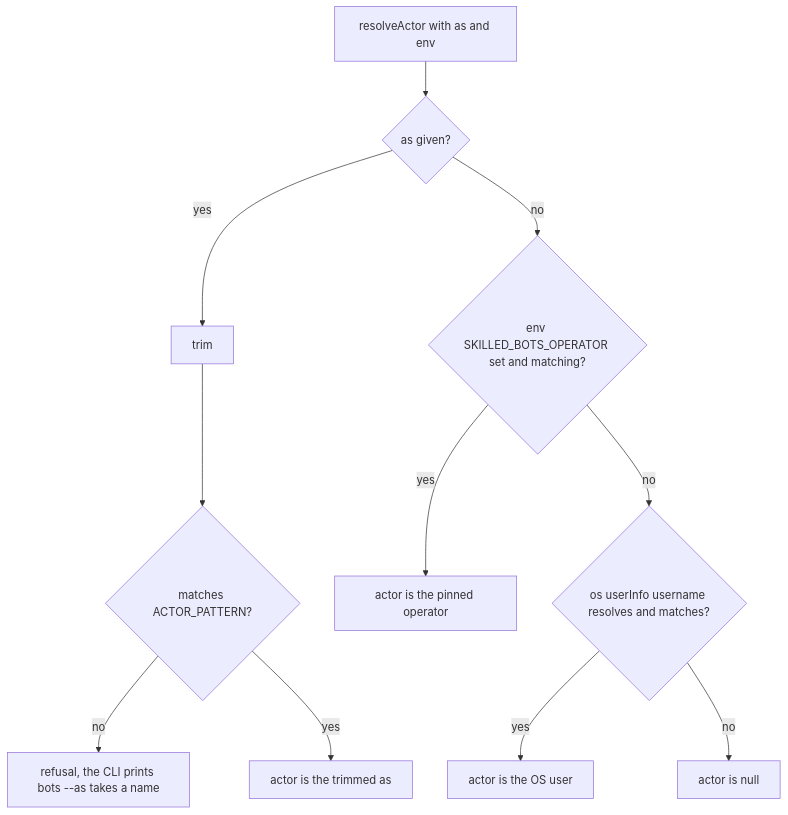
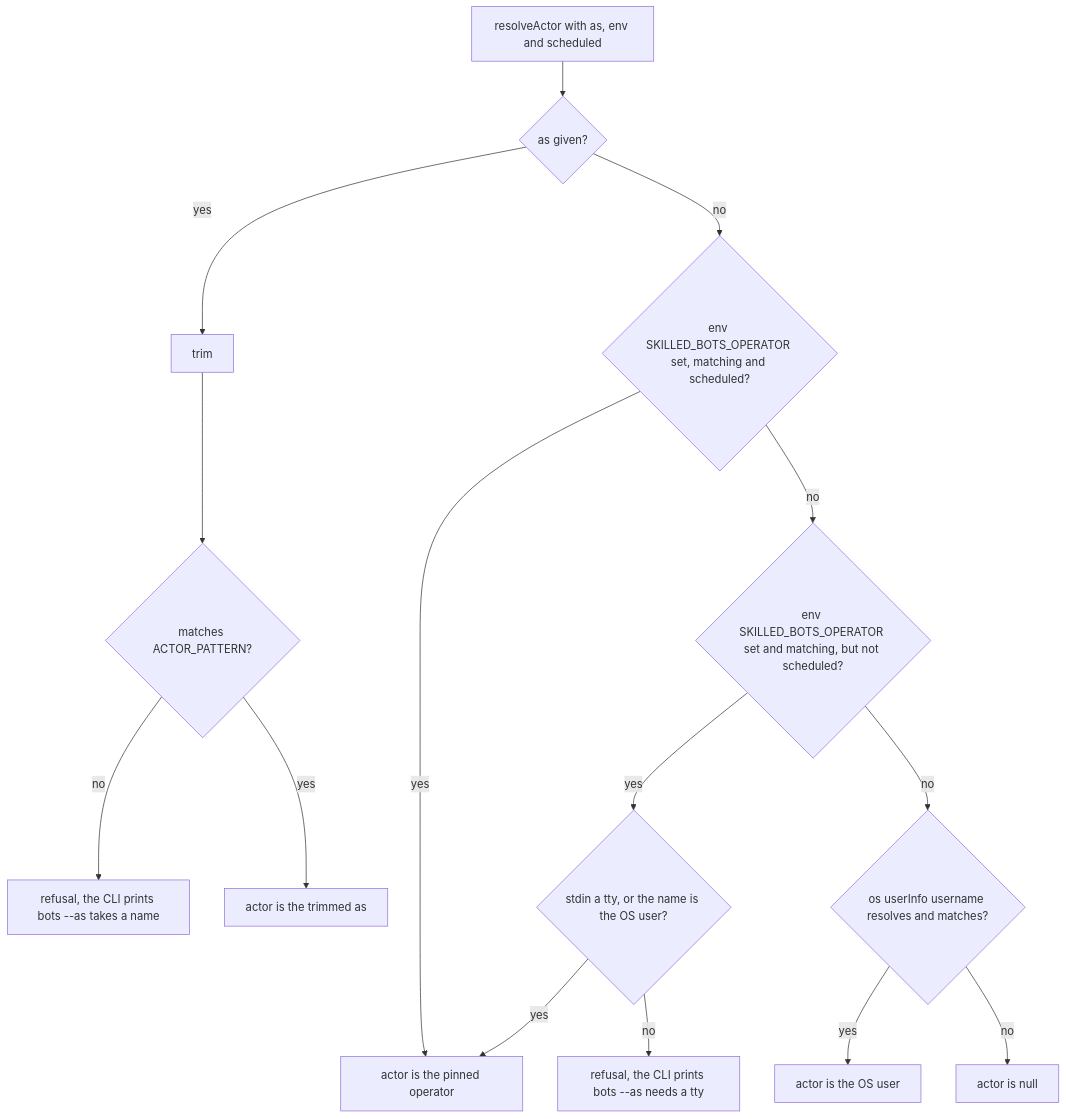
Before and after one commit to MichelKerkmeester/skilled-agent-harness_spec-driven-loops: the fifth of 9 diagrams in specs/system-skilled-bots/003-openbot-parity-build/001-activity-and-actor/design/state-machines.md, drawn with Mermaid. The commit also changed other lines of this file and 91 other files, not shown here.

````diff
--- a/specs/system-skilled-bots/003-openbot-parity-build/001-activity-and-actor/design/state-machines.md
+++ b/specs/system-skilled-bots/003-openbot-parity-build/001-activity-and-actor/design/state-machines.md
@@ -130,13 +130,17 @@
 ```mermaid
 flowchart TD
-  A["resolveActor with as and env"] --> B{"as given?"}
+  A["resolveActor with as, env and scheduled"] --> B{"as given?"}
   B -- yes --> C["trim"]
   C --> D{"matches ACTOR_PATTERN?"}
   D -- no --> RF["refusal, the CLI prints bots --as takes a name"]
   D -- yes --> OK["actor is the trimmed as"]
-  B -- no --> E{"env SKILLED_BOTS_OPERATOR set and matching?"}
+  B -- no --> E{"env SKILLED_BOTS_OPERATOR set, matching and scheduled?"}
   E -- yes --> OP["actor is the pinned operator"]
-  E -- no --> F{"os userInfo username resolves and matches?"}
+  E -- no --> E2{"env SKILLED_BOTS_OPERATOR set and matching, but not scheduled?"}
+  E2 -- yes --> TTY{"stdin a tty, or the name is the OS user?"}
+  TTY -- yes --> OP
+  TTY -- no --> RF2["refusal, the CLI prints bots --as needs a tty"]
+  E2 -- no --> F{"os userInfo username resolves and matches?"}
   F -- yes --> OS["actor is the OS user"]
   F -- no --> NU["actor is null"]
 ```
````
